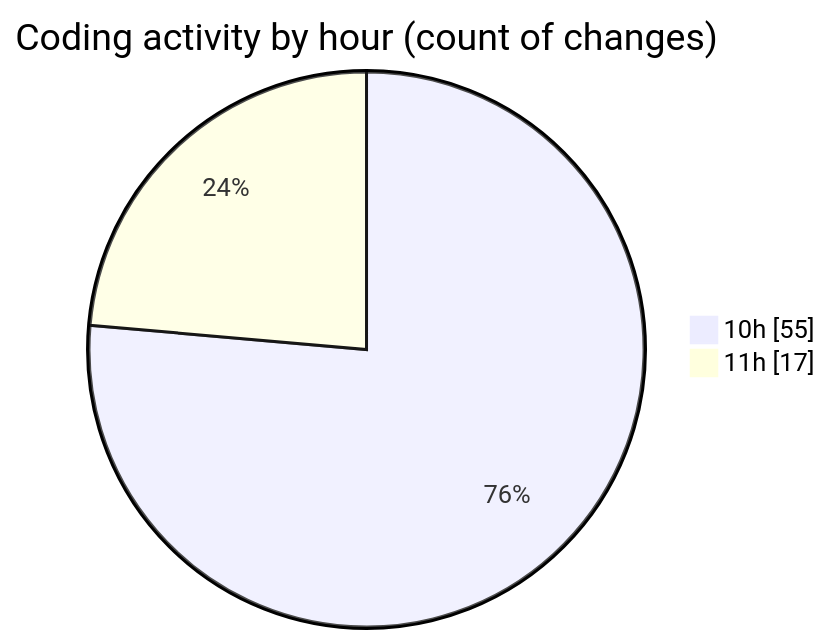
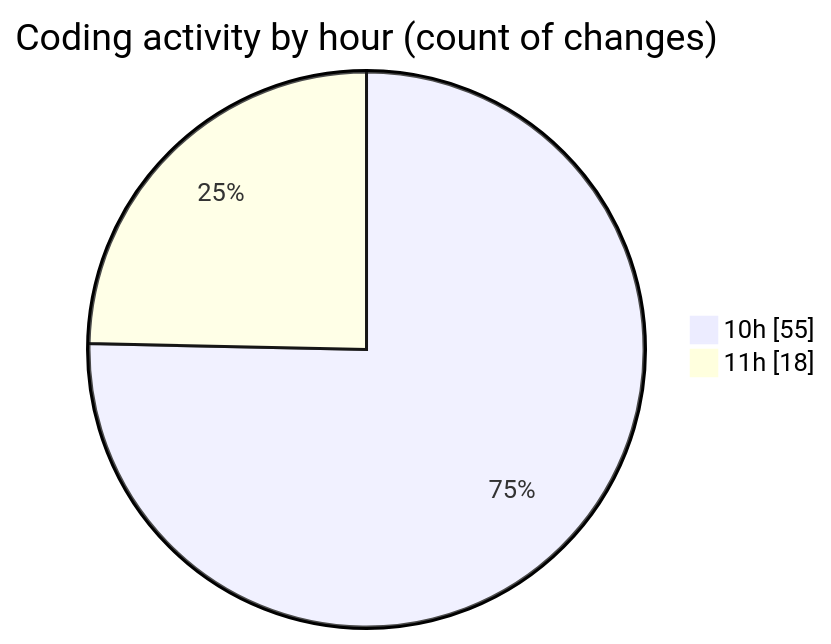
Before and after one commit to nxtqubesakshisongat/code-tracking: the second of 2 diagrams in 2026-03-06/nxtqube_webapp/README.md, drawn with Mermaid. The commit also changed other lines of this file and 1 other file, not shown here.

````diff
--- a/2026-03-06/nxtqube_webapp/README.md
+++ b/2026-03-06/nxtqube_webapp/README.md
@@ -38,6 +38,6 @@
 ```mermaid
 pie showData
 title Coding activity by hour (count of changes)
 "10h" : 55
-"11h" : 17
+"11h" : 18
 ```
````
